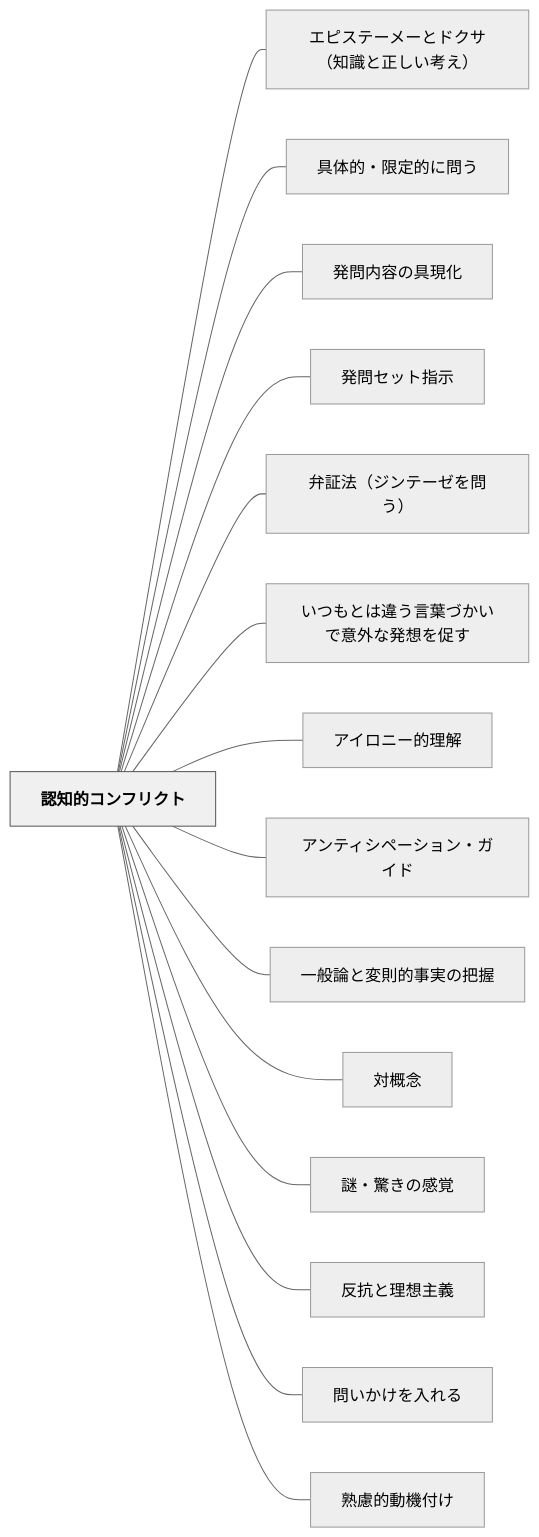
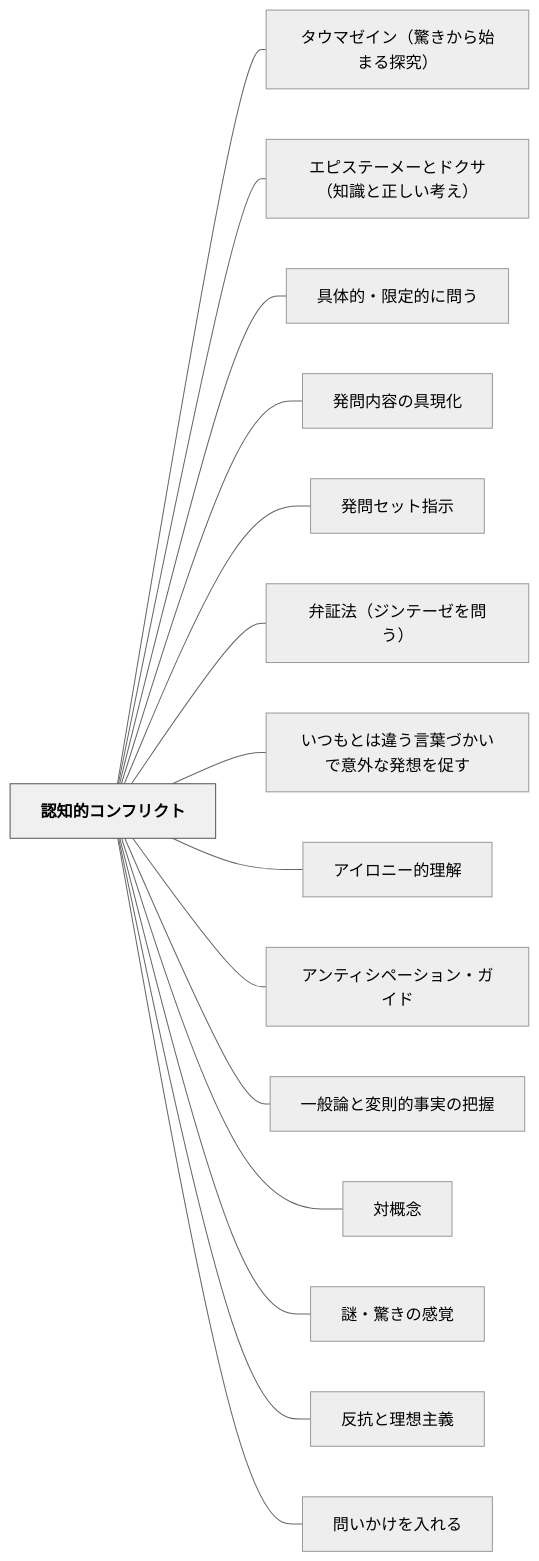
Before and after one commit to unknownthings-ed-patterns/unknownthings-ed-patterns: the diagram in content/パタン/認知的コンフリクト.md, drawn with Mermaid (neutral theme). The commit also changed other lines of this file and 17 other files, not shown here.

````diff
--- a/content/パタン/認知的コンフリクト.md
+++ b/content/パタン/認知的コンフリクト.md
@@ -82,36 +82,36 @@
 ```mermaid
 flowchart LR
     ne8aa8de79fa5e79a84e382b3e383b3e38395e383aae382afe38388["認知的コンフリクト"]
+    ne382bfe382a6e3839ee382bce382a4e383b3efbc88e9a99ae3818de3818be38289e5a78be381bee3828be68ea2e7a9b6efbc89["タウマゼイン（驚きから始まる探究）"]
     ne382a8e38394e382b9e38386e383bce383a1e383bce381a8e38389e382afe382b5efbc88e79fa5e8ad98e381a8e6ada3e38197e38184e88083e38188efbc89["エピステーメーとドクサ（知識と正しい考え）"]
     ne585b7e4bd93e79a84e383bbe99990e5ae9ae79a84e381abe5958fe38186["具体的・限定的に問う"]
     ne799bae5958fe58685e5aeb9e381aee585b7e78fbee58c96["発問内容の具現化"]
     ne799bae5958fe382bbe38383e38388e68c87e7a4ba["発問セット指示"]
     ne5bc81e8a8bce6b395efbc88e382b8e383b3e38386e383bce382bce38292e5958fe38186efbc89["弁証法（ジンテーゼを問う）"]
     ne38184e381a4e38282e381a8e381afe98195e38186e8a880e89189e381a5e3818be38184e381a7e6848fe5a496e381aae799bae683b3e38292e4bf83e38199["いつもとは違う言葉づかいで意外な発想を促す"]
     ne382a2e382a4e383ade3838be383bce79a84e79086e8a7a3["アイロニー的理解"]
     ne382a2e383b3e38386e382a3e382b7e3839ae383bce382b7e383a7e383b3e383bbe382ace382a4e38389["アンティシペーション・ガイド"]
     ne4b880e888ace8ab96e381a8e5a489e58987e79a84e4ba8be5ae9fe381aee68a8ae68fa1["一般論と変則的事実の把握"]
     ne5afbee6a682e5bfb5["対概念"]
     ne8ac8ee383bbe9a99ae3818de381aee6849fe8a69a["謎・驚きの感覚"]
     ne58f8de68a97e381a8e79086e683b3e4b8bbe7bea9["反抗と理想主義"]
     ne5958fe38184e3818be38191e38292e585a5e3828ce3828b["問いかけを入れる"]
-    ne7869fe685aee79a84e58b95e6a99fe4bb98e38191["熟慮的動機付け"]
 
+    ne8aa8de79fa5e79a84e382b3e383b3e38395e383aae382afe38388 --- ne382bfe382a6e3839ee382bce382a4e383b3efbc88e9a99ae3818de3818be38289e5a78be381bee3828be68ea2e7a9b6efbc89
     ne8aa8de79fa5e79a84e382b3e383b3e38395e383aae382afe38388 --- ne382a8e38394e382b9e38386e383bce383a1e383bce381a8e38389e382afe382b5efbc88e79fa5e8ad98e381a8e6ada3e38197e38184e88083e38188efbc89
     ne8aa8de79fa5e79a84e382b3e383b3e38395e383aae382afe38388 --- ne585b7e4bd93e79a84e383bbe99990e5ae9ae79a84e381abe5958fe38186
     ne8aa8de79fa5e79a84e382b3e383b3e38395e383aae382afe38388 --- ne799bae5958fe58685e5aeb9e381aee585b7e78fbee58c96
     ne8aa8de79fa5e79a84e382b3e383b3e38395e383aae382afe38388 --- ne799bae5958fe382bbe38383e38388e68c87e7a4ba
     ne8aa8de79fa5e79a84e382b3e383b3e38395e383aae382afe38388 --- ne5bc81e8a8bce6b395efbc88e382b8e383b3e38386e383bce382bce38292e5958fe38186efbc89
     ne8aa8de79fa5e79a84e382b3e383b3e38395e383aae382afe38388 --- ne38184e381a4e38282e381a8e381afe98195e38186e8a880e89189e381a5e3818be38184e381a7e6848fe5a496e381aae799bae683b3e38292e4bf83e38199
     ne8aa8de79fa5e79a84e382b3e383b3e38395e383aae382afe38388 --- ne382a2e382a4e383ade3838be383bce79a84e79086e8a7a3
     ne8aa8de79fa5e79a84e382b3e383b3e38395e383aae382afe38388 --- ne382a2e383b3e38386e382a3e382b7e3839ae383bce382b7e383a7e383b3e383bbe382ace382a4e38389
     ne8aa8de79fa5e79a84e382b3e383b3e38395e383aae382afe38388 --- ne4b880e888ace8ab96e381a8e5a489e58987e79a84e4ba8be5ae9fe381aee68a8ae68fa1
     ne8aa8de79fa5e79a84e382b3e383b3e38395e383aae382afe38388 --- ne5afbee6a682e5bfb5
     ne8aa8de79fa5e79a84e382b3e383b3e38395e383aae382afe38388 --- ne8ac8ee383bbe9a99ae3818de381aee6849fe8a69a
     ne8aa8de79fa5e79a84e382b3e383b3e38395e383aae382afe38388 --- ne58f8de68a97e381a8e79086e683b3e4b8bbe7bea9
     ne8aa8de79fa5e79a84e382b3e383b3e38395e383aae382afe38388 --- ne5958fe38184e3818be38191e38292e585a5e3828ce3828b
-    ne8aa8de79fa5e79a84e382b3e383b3e38395e383aae382afe38388 --- ne7869fe685aee79a84e58b95e6a99fe4bb98e38191
 
     classDef hub fill:#f0f0f0,stroke:#555,color:#000,font-weight:bold
     class ne8aa8de79fa5e79a84e382b3e383b3e38395e383aae382afe38388 hub
 ```
````
